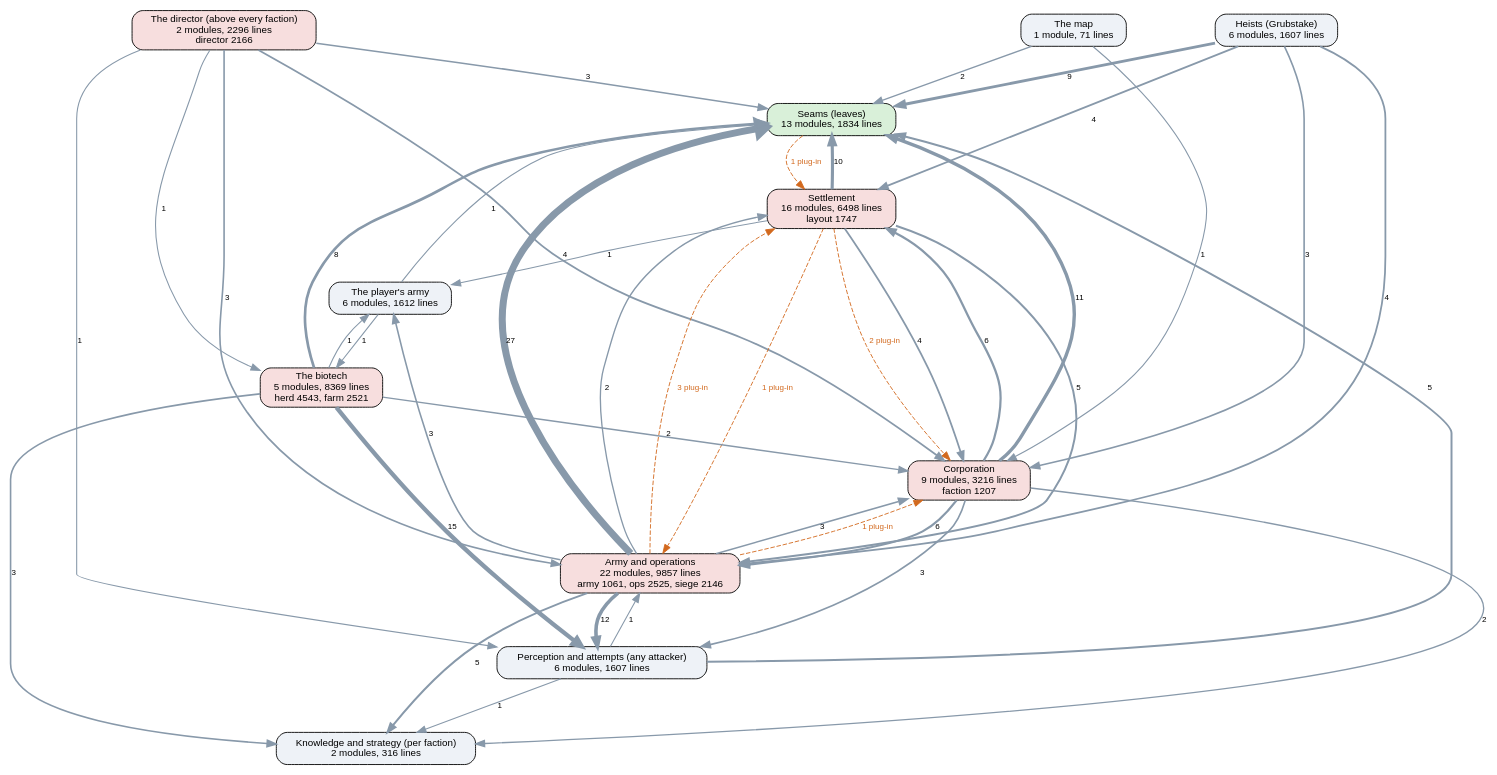
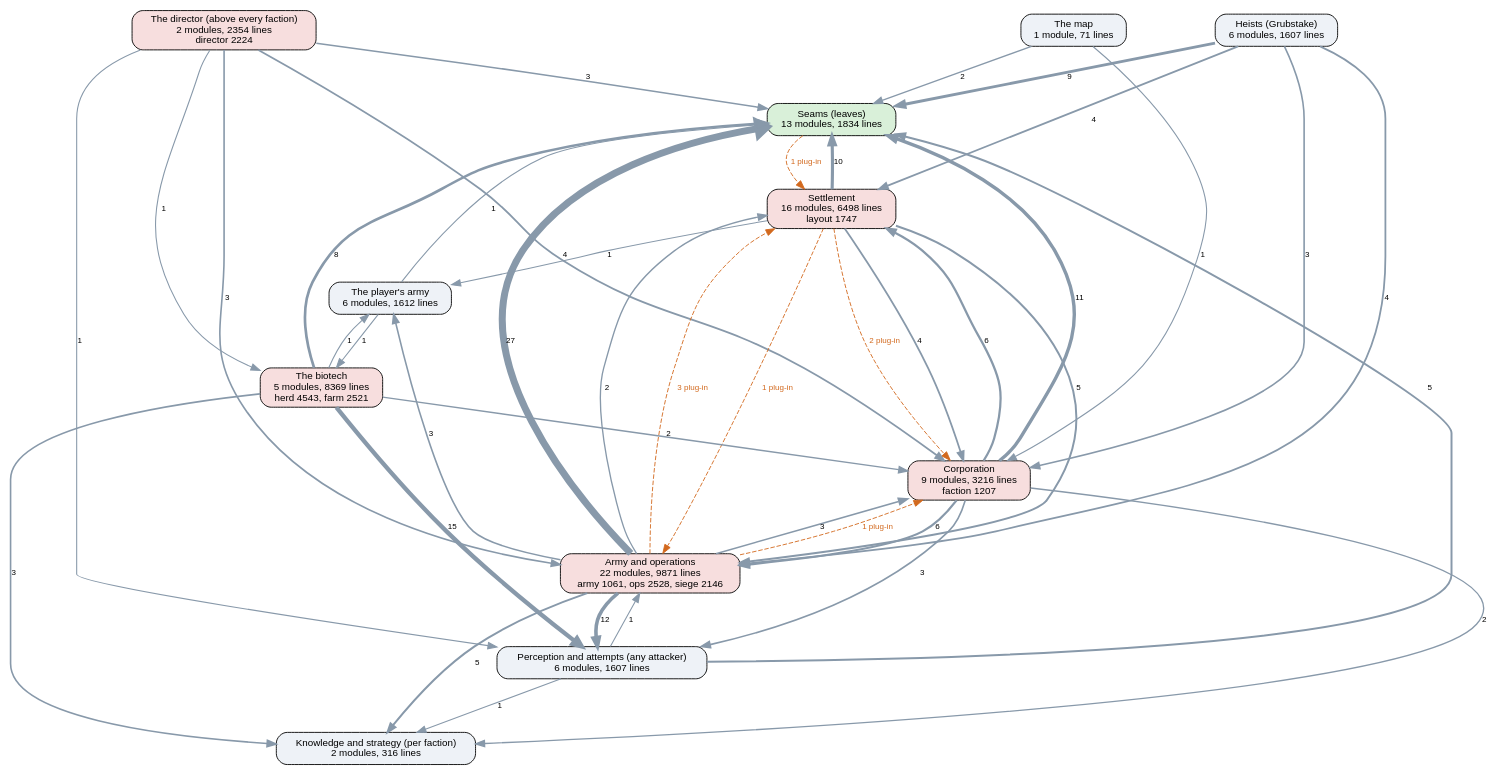
The diagram in docs/ai-layers.dot (kinelhu/landing-party), drawn with Graphviz before and after one commit. The commit also changed 13 other files, not shown here.

```diff
--- a/docs/ai-layers.dot
+++ b/docs/ai-layers.dot
@@ -1,57 +1,57 @@
 digraph layers {
   graph [rankdir=TB, fontname="Helvetica", nodesep=0.5, ranksep=0.7];
   node [shape=box, style="rounded,filled", fontname="Helvetica", fontsize=11, fillcolor="#eef2f7"];
   edge [color="#8899aa", fontname="Helvetica", fontsize=9];
   "Seams (leaves)" [label="Seams (leaves)\n13 modules, 1834 lines", fillcolor="#d9f0d9"];
   "Perception and attempts (any attacker)" [label="Perception and attempts (any attacker)\n6 modules, 1607 lines", fillcolor="#eef2f7"];
   "Knowledge and strategy (per faction)" [label="Knowledge and strategy (per faction)\n2 modules, 316 lines", fillcolor="#eef2f7"];
-  "The director (above every faction)" [label="The director (above every faction)\n2 modules, 2296 lines\ndirector 2166", fillcolor="#f7dede"];
+  "The director (above every faction)" [label="The director (above every faction)\n2 modules, 2354 lines\ndirector 2224", fillcolor="#f7dede"];
   "Corporation" [label="Corporation\n9 modules, 3216 lines\nfaction 1207", fillcolor="#f7dede"];
   "Settlement" [label="Settlement\n16 modules, 6498 lines\nlayout 1747", fillcolor="#f7dede"];
-  "Army and operations" [label="Army and operations\n22 modules, 9857 lines\narmy 1061, ops 2525, siege 2146", fillcolor="#f7dede"];
+  "Army and operations" [label="Army and operations\n22 modules, 9871 lines\narmy 1061, ops 2528, siege 2146", fillcolor="#f7dede"];
   "Heists (Grubstake)" [label="Heists (Grubstake)\n6 modules, 1607 lines", fillcolor="#eef2f7"];
   "The biotech" [label="The biotech\n5 modules, 8369 lines\nherd 4543, farm 2521", fillcolor="#f7dede"];
   "The map" [label="The map\n1 module, 71 lines", fillcolor="#eef2f7"];
   "The player's army" [label="The player's army\n6 modules, 1612 lines", fillcolor="#eef2f7"];
   "Army and operations" -> "Corporation" [label="3", penwidth=1.8];
   "Army and operations" -> "Knowledge and strategy (per faction)" [label="5", penwidth=2.2];
   "Army and operations" -> "Perception and attempts (any attacker)" [label="12", penwidth=4.0];
   "Army and operations" -> "Seams (leaves)" [label="27", penwidth=7.8];
   "Army and operations" -> "Settlement" [label="2", penwidth=1.5];
   "Army and operations" -> "The player's army" [label="3", penwidth=1.8];
   "Corporation" -> "Army and operations" [label="6", penwidth=2.5];
   "Corporation" -> "Knowledge and strategy (per faction)" [label="2", penwidth=1.5];
   "Corporation" -> "Perception and attempts (any attacker)" [label="3", penwidth=1.8];
   "Corporation" -> "Seams (leaves)" [label="11", penwidth=3.8];
   "Corporation" -> "Settlement" [label="6", penwidth=2.5];
   "Heists (Grubstake)" -> "Army and operations" [label="4", penwidth=2.0];
   "Heists (Grubstake)" -> "Corporation" [label="3", penwidth=1.8];
   "Heists (Grubstake)" -> "Seams (leaves)" [label="9", penwidth=3.2];
   "Heists (Grubstake)" -> "Settlement" [label="4", penwidth=2.0];
   "Perception and attempts (any attacker)" -> "Army and operations" [label="1", penwidth=1.2];
   "Perception and attempts (any attacker)" -> "Knowledge and strategy (per faction)" [label="1", penwidth=1.2];
   "Perception and attempts (any attacker)" -> "Seams (leaves)" [label="5", penwidth=2.2];
   "Settlement" -> "Army and operations" [label="5", penwidth=2.2];
   "Settlement" -> "Corporation" [label="4", penwidth=2.0];
   "Settlement" -> "Seams (leaves)" [label="10", penwidth=3.5];
   "Settlement" -> "The player's army" [label="1", penwidth=1.2];
   "The biotech" -> "Corporation" [label="2", penwidth=1.5];
   "The biotech" -> "Knowledge and strategy (per faction)" [label="3", penwidth=1.8];
   "The biotech" -> "Perception and attempts (any attacker)" [label="15", penwidth=4.8];
   "The biotech" -> "Seams (leaves)" [label="8", penwidth=3.0];
   "The biotech" -> "The player's army" [label="1", penwidth=1.2];
   "The director (above every faction)" -> "Army and operations" [label="3", penwidth=1.8];
   "The director (above every faction)" -> "Corporation" [label="4", penwidth=2.0];
   "The director (above every faction)" -> "Perception and attempts (any attacker)" [label="1", penwidth=1.2];
   "The director (above every faction)" -> "Seams (leaves)" [label="3", penwidth=1.8];
   "The director (above every faction)" -> "The biotech" [label="1", penwidth=1.2];
   "The map" -> "Corporation" [label="1", penwidth=1.2];
   "The map" -> "Seams (leaves)" [label="2", penwidth=1.5];
   "The player's army" -> "Seams (leaves)" [label="1", penwidth=1.2];
   "The player's army" -> "The biotech" [label="1", penwidth=1.2];
   "Army and operations" -> "Corporation" [style=dashed, color="#d2691e", fontcolor="#d2691e", label="1 plug-in"];
   "Army and operations" -> "Settlement" [style=dashed, color="#d2691e", fontcolor="#d2691e", label="3 plug-in"];
   "Seams (leaves)" -> "Settlement" [style=dashed, color="#d2691e", fontcolor="#d2691e", label="1 plug-in"];
   "Settlement" -> "Army and operations" [style=dashed, color="#d2691e", fontcolor="#d2691e", label="1 plug-in"];
   "Settlement" -> "Corporation" [style=dashed, color="#d2691e", fontcolor="#d2691e", label="2 plug-in"];
 }
```
